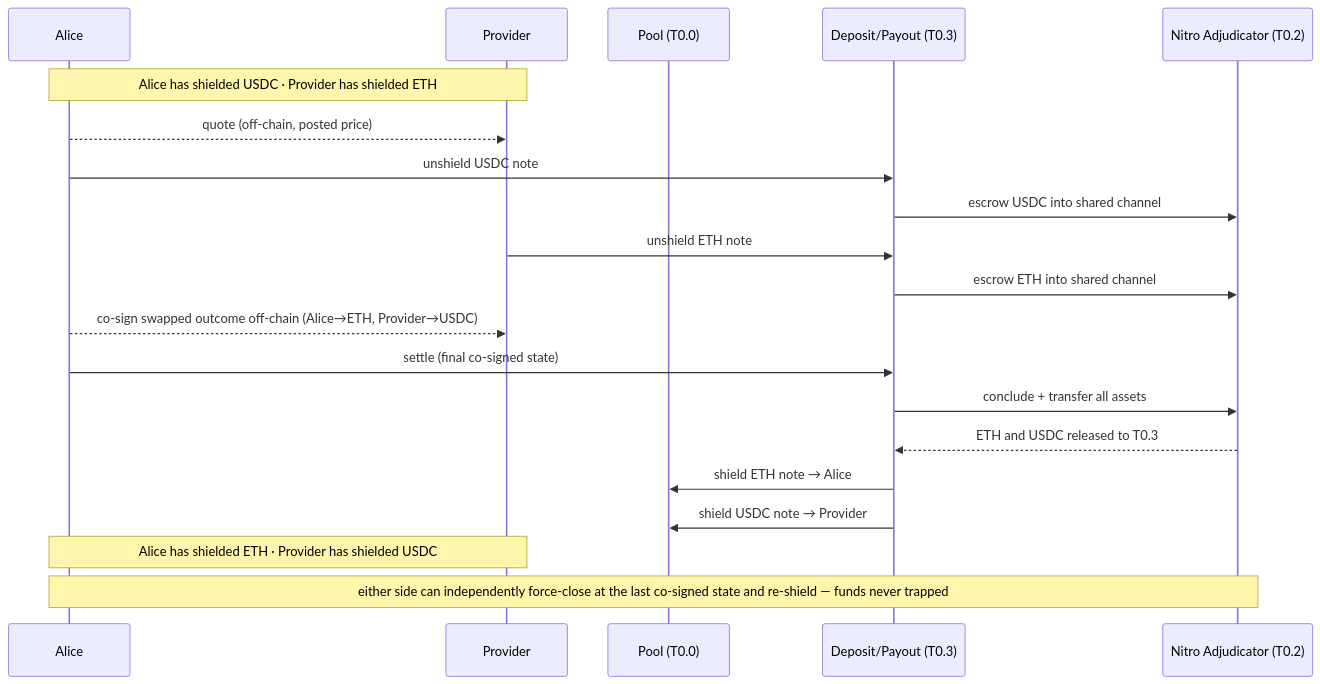
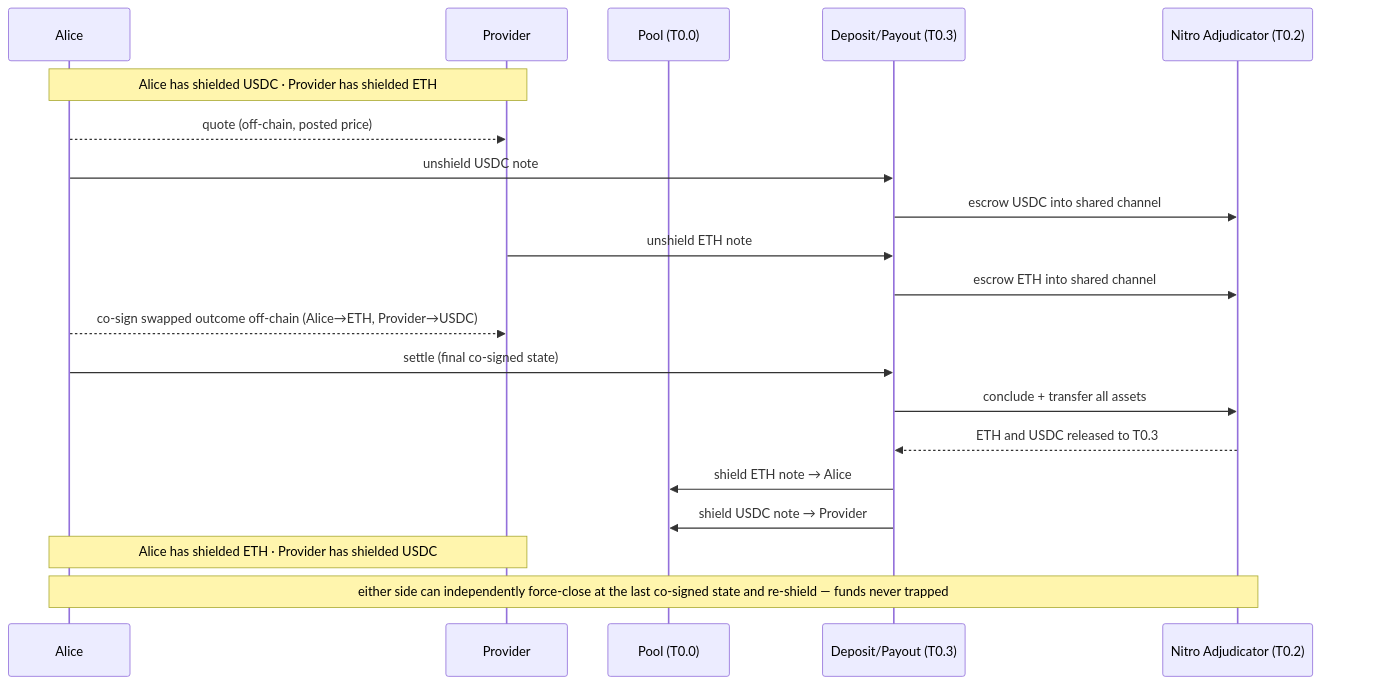
Before and after one commit to AFDudley/armada-laconic: the first of 2 diagrams in engineering/13-shielded-swap-walkthrough.md, drawn with Mermaid. The commit also changed other lines of this file and 48 other files, not shown here.

Commit message:
Link Nitro lanes in doc-13 charts to A.0 + bridge design; mermaid loose security so actor menus work; fix §6.3 semicolon parse error

````diff
--- a/engineering/13-shielded-swap-walkthrough.md
+++ b/engineering/13-shielded-swap-walkthrough.md
@@ -25,27 +25,28 @@
 ```mermaid
 sequenceDiagram
   participant A as Alice
   participant V as Provider
   participant P as Pool (T0.0)
   participant D as Deposit/Payout (T0.3)
   participant N as Nitro Adjudicator (T0.2)
+  links N: {"nitro-on-railgun overview (A.0)": "https://afdudley.github.io/armada-laconic/engineering/A-nitro-on-railgun/A.0-overview.html", "Cross-chain swap construction": "https://afdudley.github.io/armada-laconic/engineering/shielded-nitro-bridge-design.html"}
 
   Note over A,V: Alice has shielded USDC · Provider has shielded ETH
   A-->>V: quote (off-chain, posted price)
 
   A->>D: unshield USDC note
   D->>N: escrow USDC into shared channel
   V->>D: unshield ETH note
   D->>N: escrow ETH into shared channel
 
   A-->>V: co-sign swapped outcome off-chain (Alice→ETH, Provider→USDC)
 
   A->>D: settle (final co-signed state)
   D->>N: conclude + transfer all assets
   N-->>D: ETH and USDC released to T0.3
   D->>P: shield ETH note → Alice
   D->>P: shield USDC note → Provider
 
   Note over A,V: Alice has shielded ETH · Provider has shielded USDC
   Note over A,N: either side can independently force-close at the last co-signed state and re-shield — funds never trapped
 ```
````
